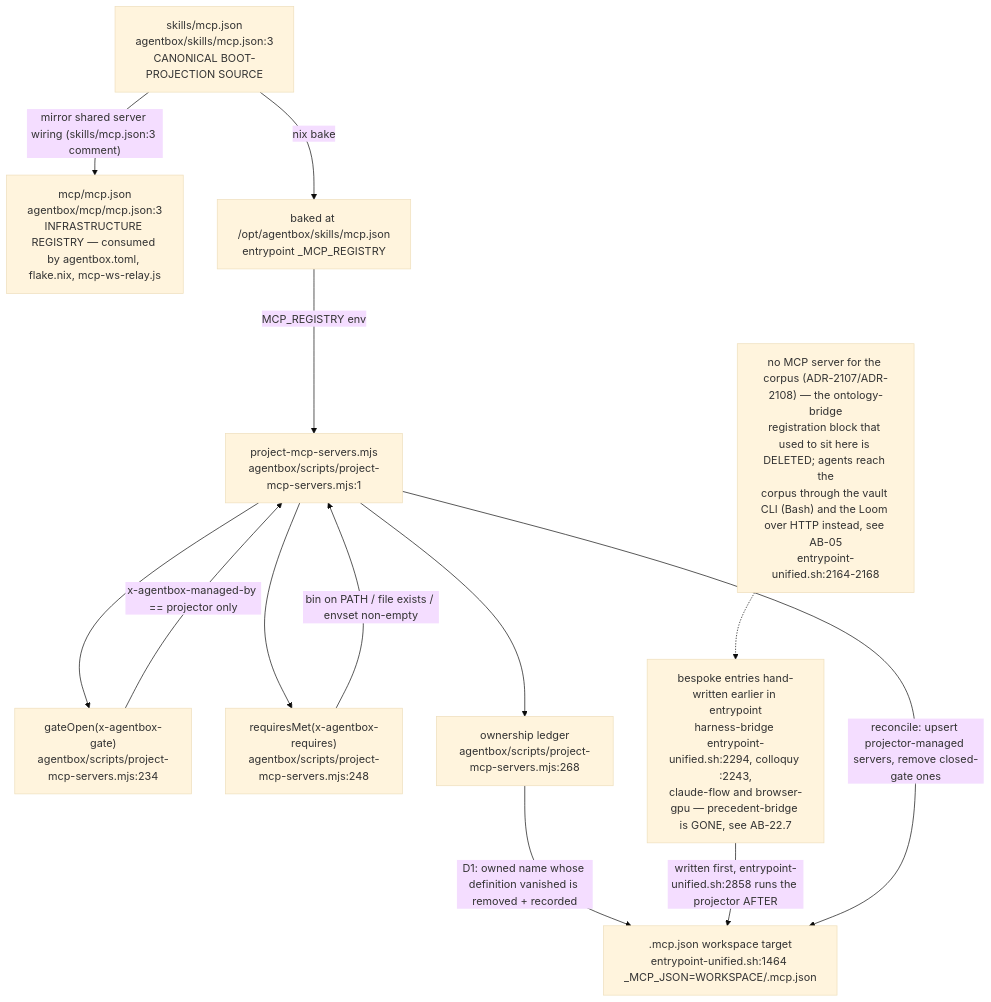
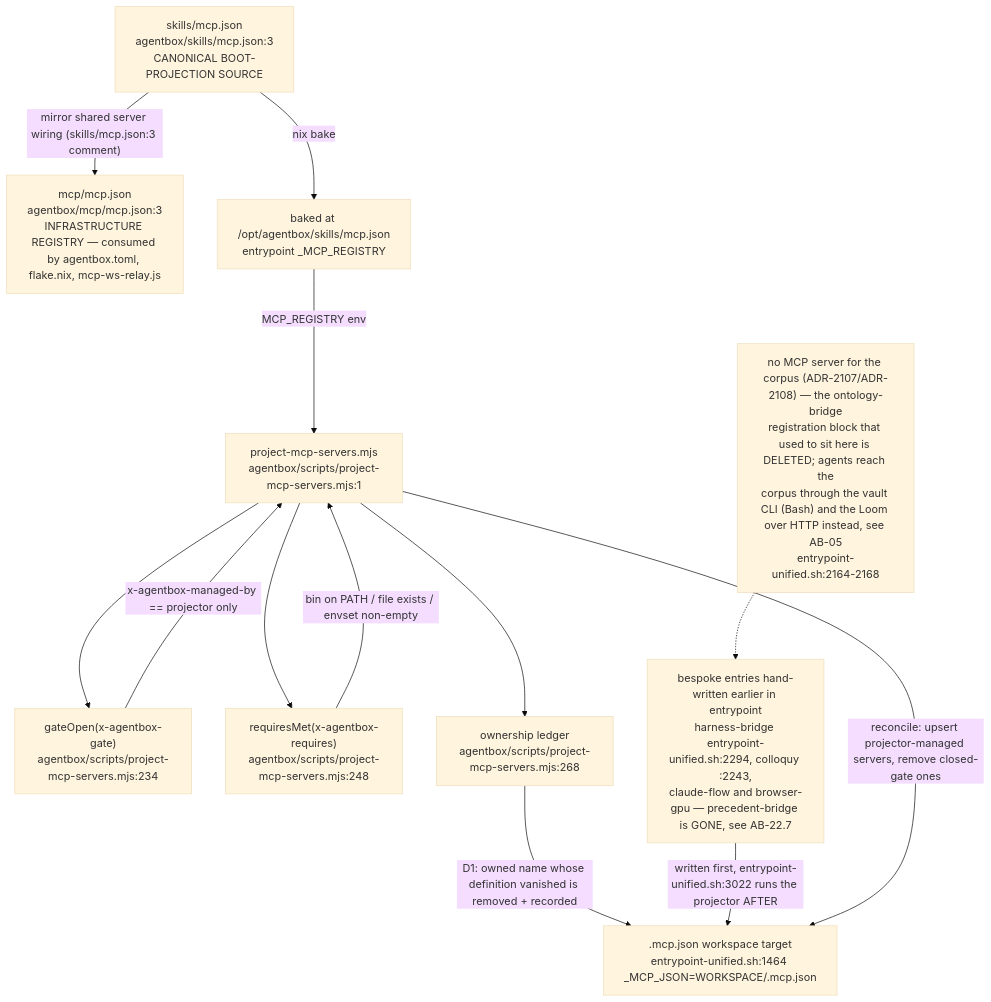
One commit to DreamLab-AI/VisionFlow changed the ninth of 12 diagrams in docs/diagrams/agentbox/22-skills-and-routing.md. Above: the diagram before and after it, drawn with Mermaid (base theme). The commit also changed other lines of this file and 80 other files, not shown here.

First line of the commit message:
docs(diagrams): re-verify the agentbox, dreamlab, estate and visionflow corpus against current sources

````diff
--- a/docs/diagrams/agentbox/22-skills-and-routing.md
+++ b/docs/diagrams/agentbox/22-skills-and-routing.md
@@ -389,26 +391,26 @@
 ```mermaid
 flowchart TB
     REG["skills/mcp.json<br/>agentbox/skills/mcp.json:3<br/>CANONICAL BOOT-PROJECTION SOURCE"]
     MIRROR["mcp/mcp.json<br/>agentbox/mcp/mcp.json:3<br/>INFRASTRUCTURE REGISTRY — consumed by agentbox.toml, flake.nix, mcp-ws-relay.js"]
     BAKE["baked at /opt/agentbox/skills/mcp.json<br/>entrypoint _MCP_REGISTRY"]
     PROJ["project-mcp-servers.mjs<br/>agentbox/scripts/project-mcp-servers.mjs:1"]
     GATE["gateOpen(x-agentbox-gate)<br/>agentbox/scripts/project-mcp-servers.mjs:234"]
     REQ["requiresMet(x-agentbox-requires)<br/>agentbox/scripts/project-mcp-servers.mjs:248"]
     LEDGER["ownership ledger<br/>agentbox/scripts/project-mcp-servers.mjs:268"]
     WS[".mcp.json workspace target<br/>entrypoint-unified.sh:1464 _MCP_JSON=WORKSPACE/.mcp.json"]
     NOONT["no MCP server for the corpus (ADR-2107/ADR-2108) — the ontology-bridge<br/>registration block that used to sit here is DELETED; agents reach the<br/>corpus through the vault CLI (Bash) and the Loom over HTTP instead, see AB-05<br/>entrypoint-unified.sh:2164-2168"]
     BESPOKE["bespoke entries hand-written earlier in entrypoint<br/>harness-bridge entrypoint-unified.sh:2294, colloquy :2243,<br/>claude-flow and browser-gpu — precedent-bridge is GONE, see AB-22.7"]
 
     REG -- "mirror shared server wiring (skills/mcp.json:3 comment)" --> MIRROR
     REG -- "nix bake" --> BAKE
     BAKE -- "MCP_REGISTRY env" --> PROJ
     PROJ --> GATE
     PROJ --> REQ
     GATE -- "x-agentbox-managed-by == projector only" --> PROJ
     REQ -- "bin on PATH / file exists / envset non-empty" --> PROJ
     PROJ --> LEDGER
     LEDGER -- "D1: owned name whose definition vanished is removed + recorded" --> WS
     NOONT -.-> BESPOKE
-    BESPOKE -- "written first, entrypoint-unified.sh:2858 runs the projector AFTER" --> WS
+    BESPOKE -- "written first, entrypoint-unified.sh:3022 runs the projector AFTER" --> WS
     PROJ -- "reconcile: upsert projector-managed servers, remove closed-gate ones" --> WS
 ```
````
